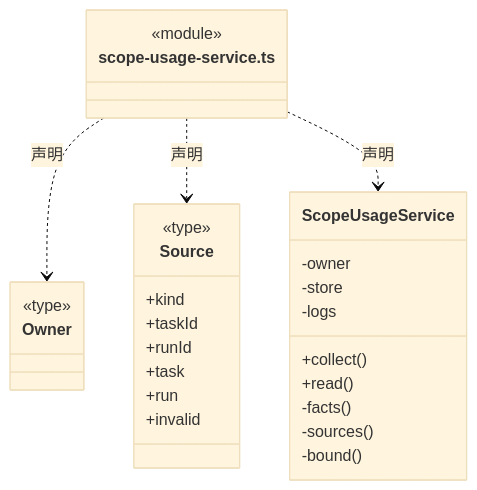
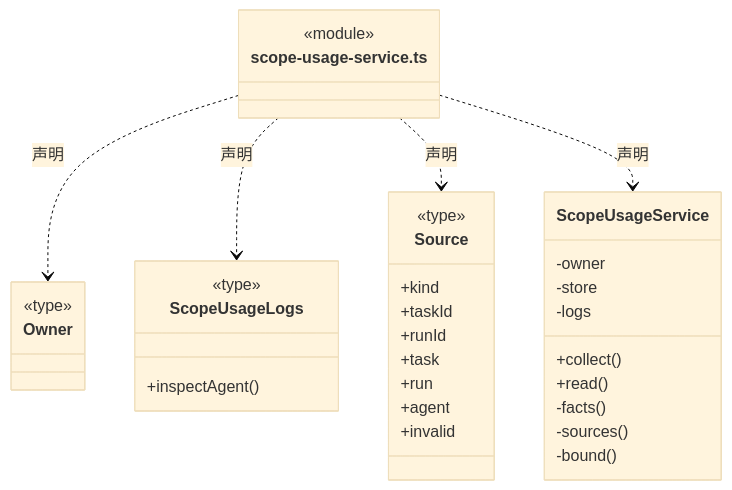
The fourth of 5 diagrams in src/logic/budget/runtime/ARCHITECTURE.md (nan023062/cbim), drawn with Mermaid (base theme) before and after one commit. The commit also changed other lines of this file and 14 other files, not shown here.

Commit message:
fix(budget): include trusted recursive Agent runs in scope usage

````diff
--- a/src/logic/budget/runtime/ARCHITECTURE.md
+++ b/src/logic/budget/runtime/ARCHITECTURE.md
@@ -97,32 +97,38 @@
 ```mermaid
 classDiagram
 class N_src_logic_budget_runtime_scope_usage_service_ts["scope-usage-service.ts"] {
   <<module>>
 }
 class N_src_logic_budget_runtime_scope_usage_service_ts_Owner["Owner"] {
   <<type>>
 
 }
 N_src_logic_budget_runtime_scope_usage_service_ts ..> N_src_logic_budget_runtime_scope_usage_service_ts_Owner : 声明
+class N_src_logic_budget_runtime_scope_usage_service_ts_ScopeUsageLogs["ScopeUsageLogs"] {
+  <<type>>
+  +inspectAgent()
+}
+N_src_logic_budget_runtime_scope_usage_service_ts ..> N_src_logic_budget_runtime_scope_usage_service_ts_ScopeUsageLogs : 声明
 class N_src_logic_budget_runtime_scope_usage_service_ts_Source["Source"] {
   <<type>>
   +kind
   +taskId
   +runId
   +task
   +run
+  +agent
   +invalid
 }
 N_src_logic_budget_runtime_scope_usage_service_ts ..> N_src_logic_budget_runtime_scope_usage_service_ts_Source : 声明
 class N_src_logic_budget_runtime_scope_usage_service_ts_ScopeUsageService["ScopeUsageService"] {
   +collect()
   +read()
   -owner
   -store
   -logs
   -facts()
   -sources()
   -bound()
 }
 N_src_logic_budget_runtime_scope_usage_service_ts ..> N_src_logic_budget_runtime_scope_usage_service_ts_ScopeUsageService : 声明
 ```
````
